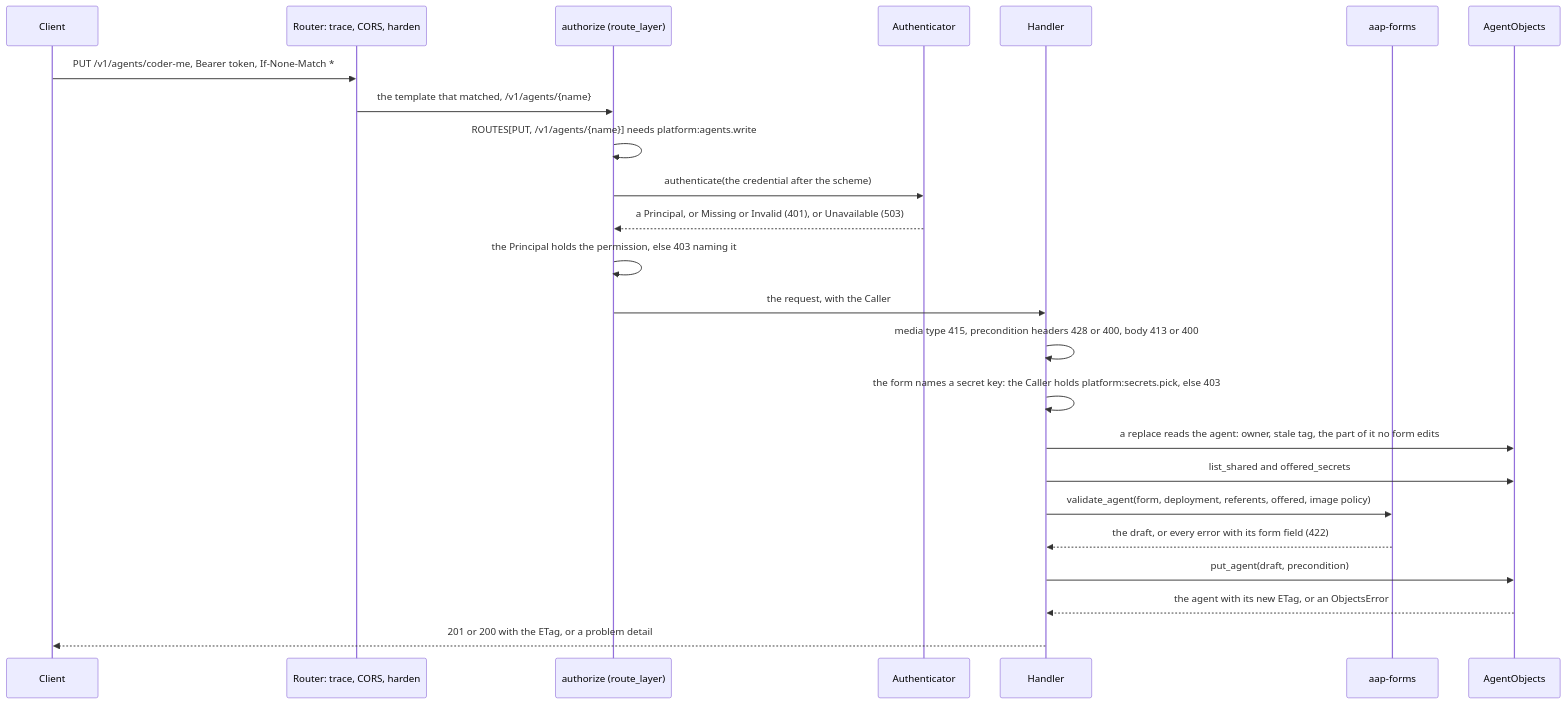
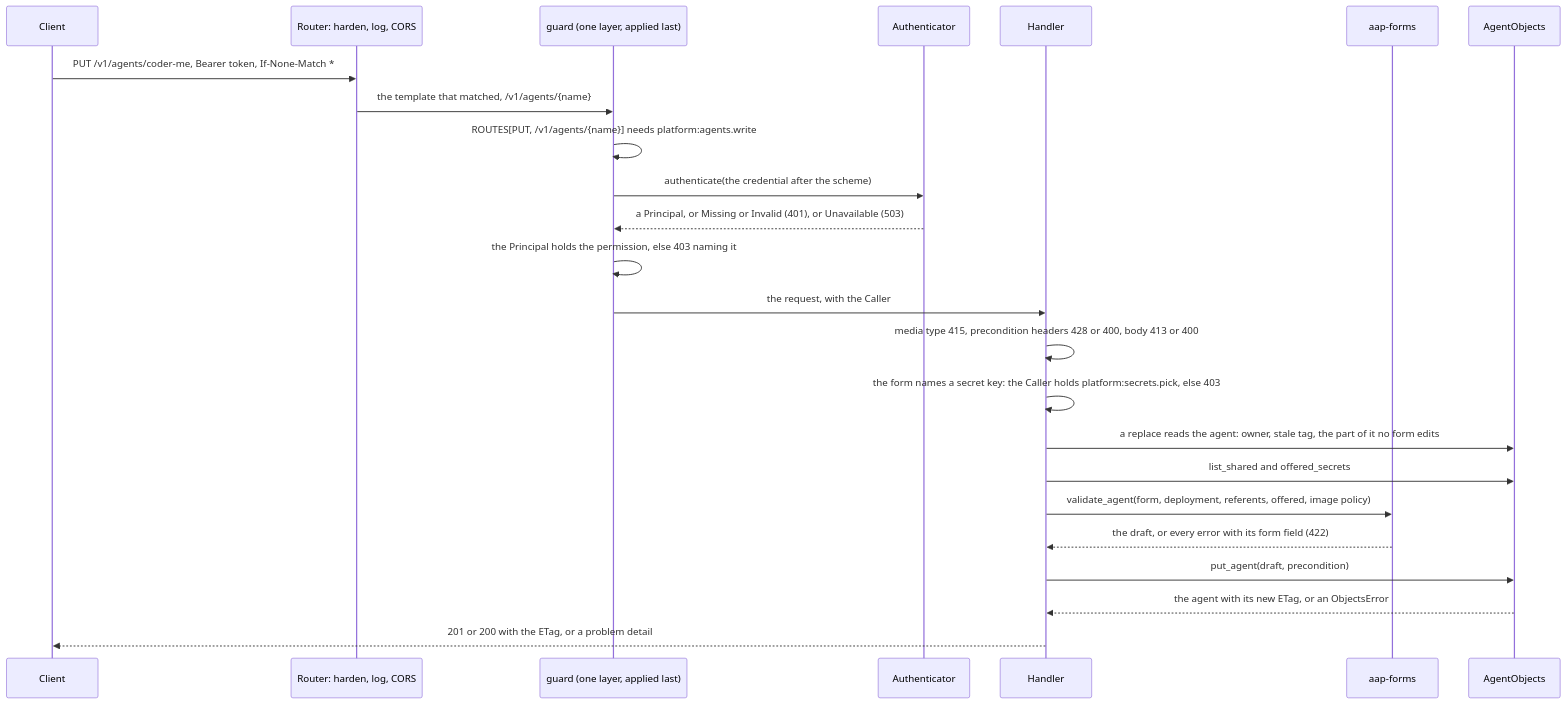
The first of 2 diagrams in crates/platform-api/README.md (vymalo/another-agentic-platform), drawn with Mermaid before and after one commit. The commit also changed other lines of this file and 9 other files, not shown here.

````diff
--- a/crates/platform-api/README.md
+++ b/crates/platform-api/README.md
@@ -77,26 +96,26 @@
 ```mermaid
 sequenceDiagram
     participant C as Client
-    participant R as Router: trace, CORS, harden
-    participant Z as authorize (route_layer)
+    participant R as Router: harden, log, CORS
+    participant Z as guard (one layer, applied last)
     participant A as Authenticator
     participant H as Handler
     participant F as aap-forms
     participant O as AgentObjects
     C->>R: PUT /v1/agents/coder-me, Bearer token, If-None-Match *
     R->>Z: the template that matched, /v1/agents/{name}
     Z->>Z: ROUTES[PUT, /v1/agents/{name}] needs platform:agents.write
     Z->>A: authenticate(the credential after the scheme)
     A-->>Z: a Principal, or Missing or Invalid (401), or Unavailable (503)
     Z->>Z: the Principal holds the permission, else 403 naming it
     Z->>H: the request, with the Caller
     H->>H: media type 415, precondition headers 428 or 400, body 413 or 400
     H->>H: the form names a secret key: the Caller holds platform:secrets.pick, else 403
     H->>O: a replace reads the agent: owner, stale tag, the part of it no form edits
     H->>O: list_shared and offered_secrets
     H->>F: validate_agent(form, deployment, referents, offered, image policy)
     F-->>H: the draft, or every error with its form field (422)
     H->>O: put_agent(draft, precondition)
     O-->>H: the agent with its new ETag, or an ObjectsError
     H-->>C: 201 or 200 with the ETag, or a problem detail
 ```
````
